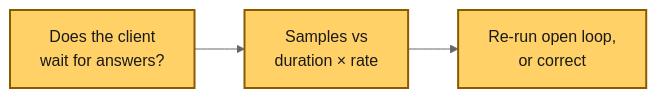
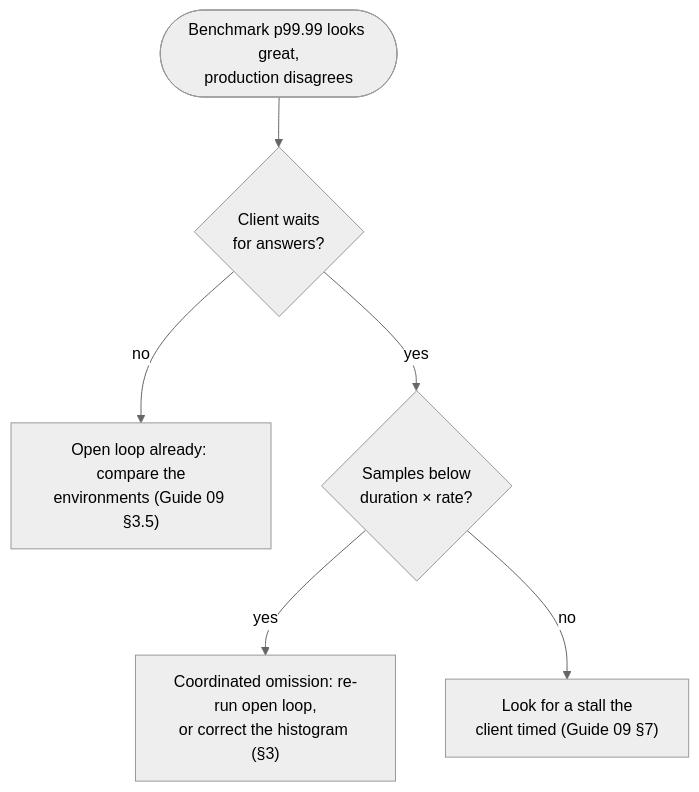
The diagram in examples/use-cases/19-the-benchmark-that-lied.md (vitor-tadashi/mechanical-sympathy), drawn with Mermaid (neutral theme) before and after one commit. The commit also changed other lines of this file and 21 other files, not shown here.

````diff
--- a/examples/use-cases/19-the-benchmark-that-lied.md
+++ b/examples/use-cases/19-the-benchmark-that-lied.md
@@ -36,6 +36,8 @@
 ```mermaid
-flowchart LR
-  a["Does the client<br/>wait for answers?"] --> b["Samples vs<br/>duration × rate"] --> c["Re-run open loop,<br/>or correct"]
-  class a,b,c focus
-  classDef focus fill:#ffd166,stroke:#8a5a00,color:#1a1a1a,stroke-width:2px
+flowchart TD
+  s(["Benchmark p99.99 looks great,<br/>production disagrees"]) --> q1{"Client waits<br/>for answers?"}
+  q1 -- no --> f1["Open loop already: compare the<br/>environments (Guide 09 §3.5)"]
+  q1 -- yes --> q2{"Samples below<br/>duration × rate?"}
+  q2 -- yes --> f2["Coordinated omission: re-run open loop,<br/>or correct the histogram (§3)"]
+  q2 -- no --> f3["Look for a stall the<br/>client timed (Guide 09 §7)"]
 ```
````
